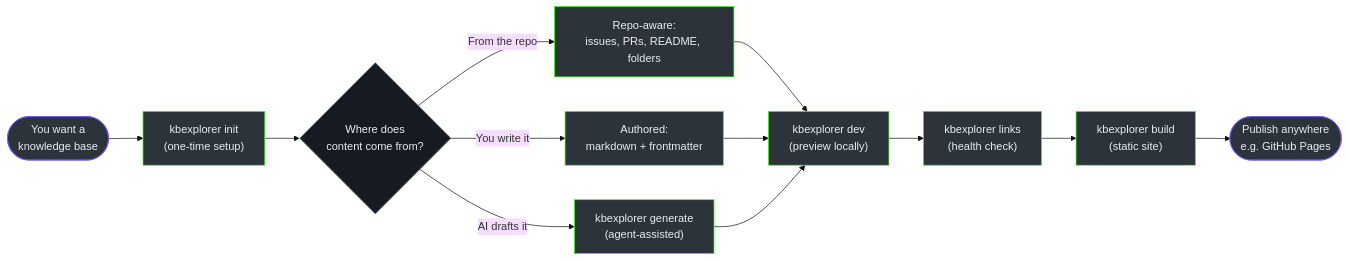
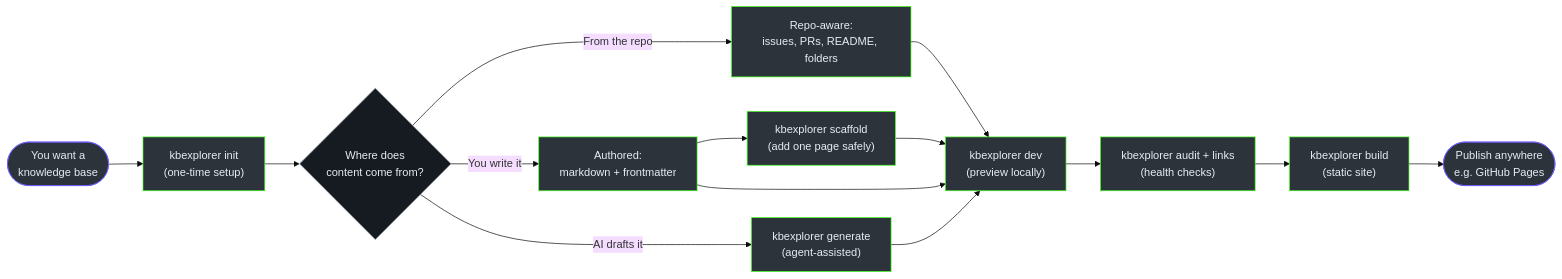
One commit to anokye-labs/kbexplorer-cli changed the first of 3 diagrams in docs/onboarding/author-guide.md. Above: the diagram before and after it, drawn with Mermaid (base theme). The commit also changed other lines of this file and 56 other files, not shown here.

````diff
--- a/docs/onboarding/author-guide.md
+++ b/docs/onboarding/author-guide.md
@@ -30,18 +30,20 @@
 ```mermaid
 graph LR
     A([You want a<br>knowledge base]):::a --> B["kbexplorer init<br>(one-time setup)"]:::s
     B --> C{"Where does<br>content come from?"}:::d
     C -->|From the repo| F["Repo-aware:<br>issues, PRs, README, folders"]:::s
     C -->|You write it| G["Authored:<br>markdown + frontmatter"]:::s
     C -->|AI drafts it| H["kbexplorer generate<br>(agent-assisted)"]:::s
+    G --> G2["kbexplorer scaffold<br>(add one page safely)"]:::s
     F --> P["kbexplorer dev<br>(preview locally)"]:::s
+    G2 --> P
     G --> P
     H --> P
-    P --> Q["kbexplorer links<br>(health check)"]:::s
+    P --> Q["kbexplorer audit + links<br>(health checks)"]:::s
     Q --> R["kbexplorer build<br>(static site)"]:::s
     R --> S([Publish anywhere<br>e.g. GitHub Pages]):::a
 
     classDef a fill:#2d333b,stroke:#6d5dfc,color:#e6edf3
     classDef s fill:#2d333b,stroke:#39FF14,color:#e6edf3
     classDef d fill:#161b22,stroke:#8b949e,color:#e6edf3
 ```
````
